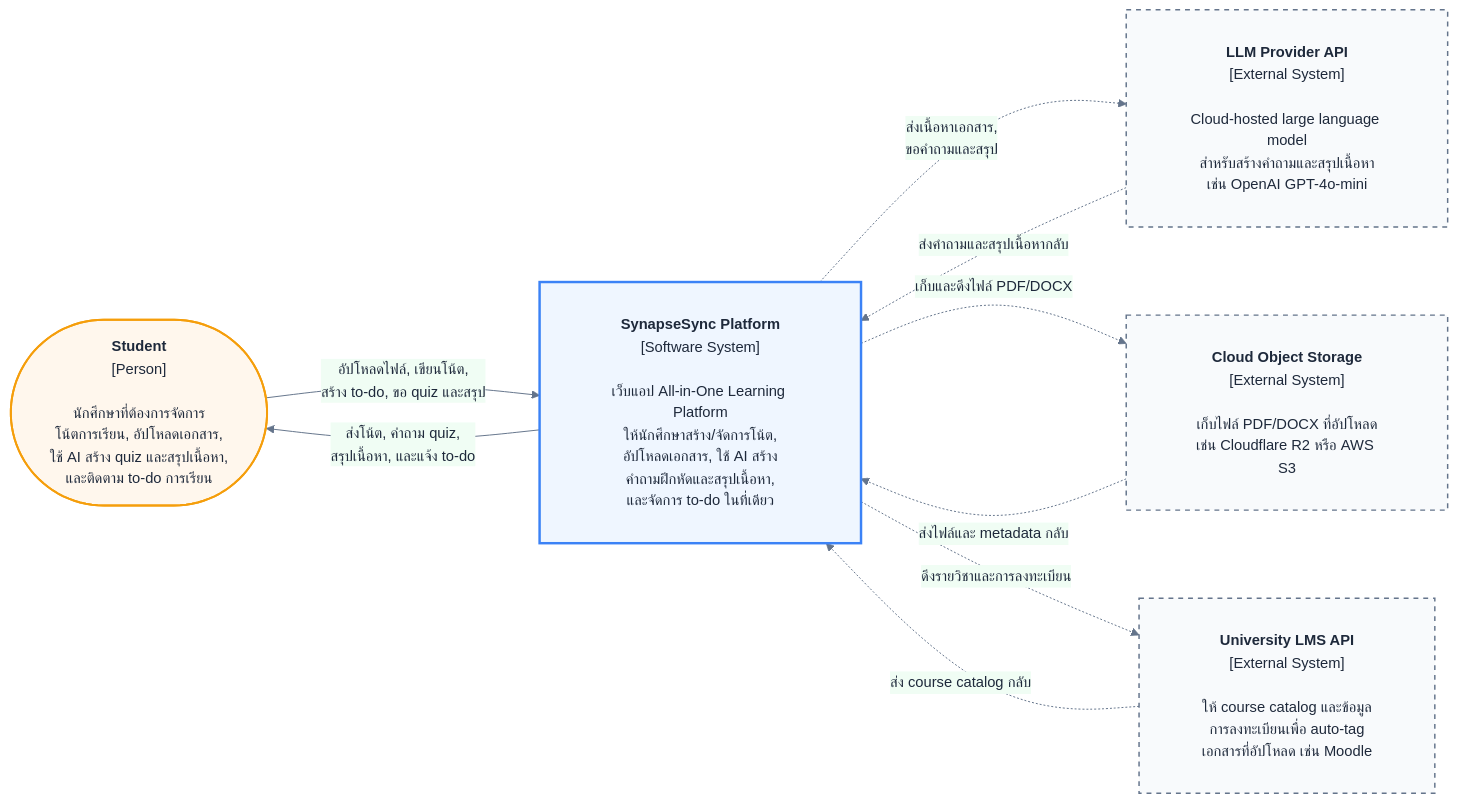
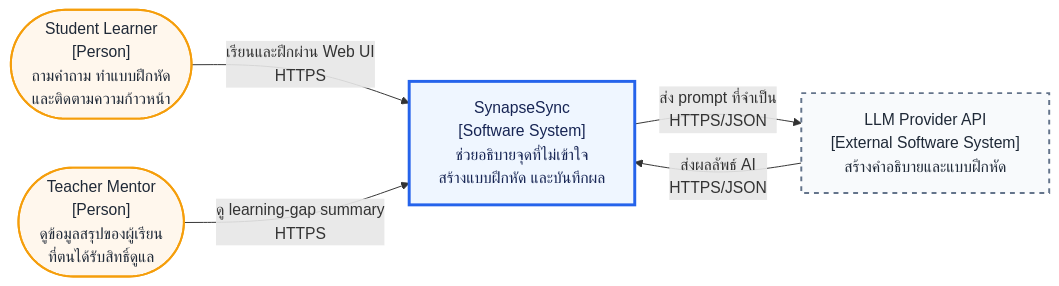
Before and after one commit to Software-Engineering-Concepts-2026/se-sec2-team-06: the diagram in docs/architecture/diagrams/c4-level-1-context.mmd, drawn with Mermaid. The commit also changed 21 other files, not shown here.

Commit message:
docs(lab5): align architecture artifacts

```diff
--- a/docs/architecture/diagrams/c4-level-1-context.mmd
+++ b/docs/architecture/diagrams/c4-level-1-context.mmd
@@ -1,53 +1,17 @@
-%%{init: {
-  'theme': 'base',
-  'themeVariables': {
-    'primaryColor': '#EFF6FF',
-    'primaryBorderColor': '#3B82F6',
-    'primaryTextColor': '#1E293B',
-    'lineColor': '#64748B',
-    'secondaryColor': '#F0FDF4',
-    'secondaryBorderColor': '#10B981',
-    'tertiaryColor': '#FFF7ED',
-    'tertiaryBorderColor': '#F59E0B',
-    'fontSize': '15px',
-    'fontFamily': 'Loma, Noto Sans Thai, Inter, sans-serif'
-  },
-  'flowchart': {
-    'curve': 'basis',
-    'padding': 32,
-    'nodeSpacing': 90,
-    'rankSpacing': 110,
-    'htmlLabels': true,
-    'wrappingWidth': 200
-  }
-}}%%
 flowchart LR
-    %% --- Actors (Persons) ---
-    Student(["<b>Student</b><br/>[Person]<br/><br/>นักศึกษาที่ต้องการจัดการ<br/>โน้ตการเรียน, อัปโหลดเอกสาร,<br/>ใช้ AI สร้าง quiz และสรุปเนื้อหา,<br/>และติดตาม to-do การเรียน"])
+    Student(["Student Learner<br/>[Person]<br/>ถามคำถาม ทำแบบฝึกหัด<br/>และติดตามความก้าวหน้า"])
+    Teacher(["Teacher Mentor<br/>[Person]<br/>ดูข้อมูลสรุปของผู้เรียน<br/>ที่ตนได้รับสิทธิ์ดูแล"])
+    System["SynapseSync<br/>[Software System]<br/>ช่วยอธิบายจุดที่ไม่เข้าใจ<br/>สร้างแบบฝึกหัด และบันทึกผล"]
+    LLM["LLM Provider API<br/>[External Software System]<br/>สร้างคำอธิบายและแบบฝึกหัด"]
 
-    %% --- The System Under Design ---
-    System["<b>SynapseSync Platform</b><br/>[Software System]<br/><br/>เว็บแอป All-in-One Learning Platform<br/>ให้นักศึกษาสร้าง/จัดการโน้ต,<br/>อัปโหลดเอกสาร, ใช้ AI สร้าง<br/>คำถามฝึกหัดและสรุปเนื้อหา,<br/>และจัดการ to-do ในที่เดียว"]
+    Student -->|"เรียนและฝึกผ่าน Web UI<br/>HTTPS"| System
+    Teacher -->|"ดู learning-gap summary<br/>HTTPS"| System
+    System -->|"ส่ง prompt ที่จำเป็น<br/>HTTPS/JSON"| LLM
+    LLM -->|"ส่งผลลัพธ์ AI<br/>HTTPS/JSON"| System
 
-    %% --- External Systems ---
-    LLM["<b>LLM Provider API</b><br/>[External System]<br/><br/>Cloud-hosted large language model<br/>สำหรับสร้างคำถามและสรุปเนื้อหา<br/>เช่น OpenAI GPT-4o-mini"]
-    Storage["<b>Cloud Object Storage</b><br/>[External System]<br/><br/>เก็บไฟล์ PDF/DOCX ที่อัปโหลด<br/>เช่น Cloudflare R2 หรือ AWS S3"]
-    LMS["<b>University LMS API</b><br/>[External System]<br/><br/>ให้ course catalog และข้อมูล<br/>การลงทะเบียนเพื่อ auto-tag<br/>เอกสารที่อัปโหลด เช่น Moodle"]
-
-    %% --- Interactions ---
-    Student -->|"อัปโหลดไฟล์, เขียนโน้ต,<br/>สร้าง to-do, ขอ quiz และสรุป"| System
-    System -->|"ส่งโน้ต, คำถาม quiz,<br/>สรุปเนื้อหา, และแจ้ง to-do"| Student
-    System -.->|"ส่งเนื้อหาเอกสาร,<br/>ขอคำถามและสรุป"| LLM
-    LLM -.->|"ส่งคำถามและสรุปเนื้อหากลับ"| System
-    System -.->|"เก็บและดึงไฟล์ PDF/DOCX"| Storage
-    Storage -.->|"ส่งไฟล์และ metadata กลับ"| System
-    System -.->|"ดึงรายวิชาและการลงทะเบียน"| LMS
-    LMS -.->|"ส่ง course catalog กลับ"| System
-
-    %% --- Styling (dashed border for external systems) ---
-    classDef person fill:#FFF7ED,stroke:#F59E0B,stroke-width:2px,color:#1E293B
-    classDef system fill:#EFF6FF,stroke:#3B82F6,stroke-width:2.5px,color:#1E293B
-    classDef external fill:#F8FAFC,stroke:#64748B,stroke-width:1.5px,color:#1E293B,stroke-dasharray: 5 5
-
-    class Student person
+    classDef person fill:#fff7ed,stroke:#f59e0b,color:#1f2937,stroke-width:2px
+    classDef system fill:#eff6ff,stroke:#2563eb,color:#172554,stroke-width:3px
+    classDef external fill:#f8fafc,stroke:#64748b,color:#1f2937,stroke-width:2px,stroke-dasharray:5 5
+    class Student,Teacher person
     class System system
-    class LLM,Storage,LMS external
+    class LLM external
```
